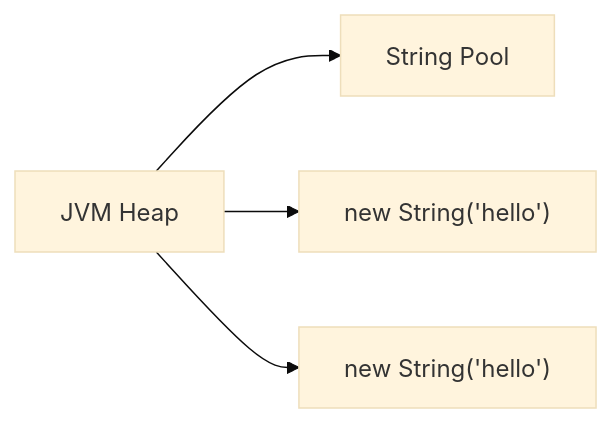
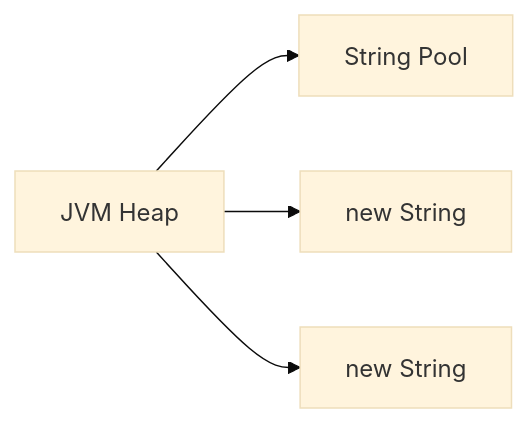
The first of 3 diagrams in _posts/java/2026-05-01-java-string.md (yjkim2015/yjkim2015.github.io), drawn with Mermaid (base theme) before and after one commit. The commit also changed other lines of this file and 245 other files, not shown here.

First line of the commit message:
Mermaid 다이어그램 전면 수정 + 면접 포인트 접기/펼치기 + DB 데드락 페이지

````diff
--- a/_posts/java/2026-05-01-java-string.md
+++ b/_posts/java/2026-05-01-java-string.md
@@ -89,10 +89,10 @@
 ```mermaid
 graph LR
     HEAP["JVM Heap"]
     POOL["String Pool"]
-    OBJ1["new String('hello')"]
-    OBJ2["new String('hello')"]
+    OBJ1["new String"]
+    OBJ2["new String"]
     HEAP --> POOL
     HEAP --> OBJ1
     HEAP --> OBJ2
 ```
````
